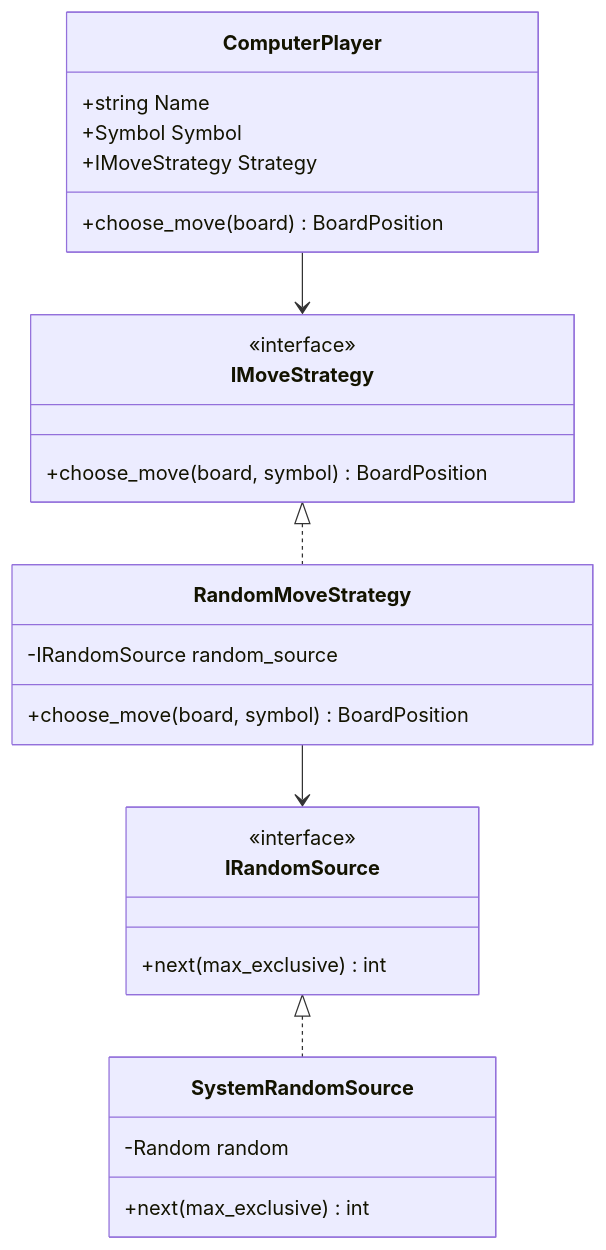
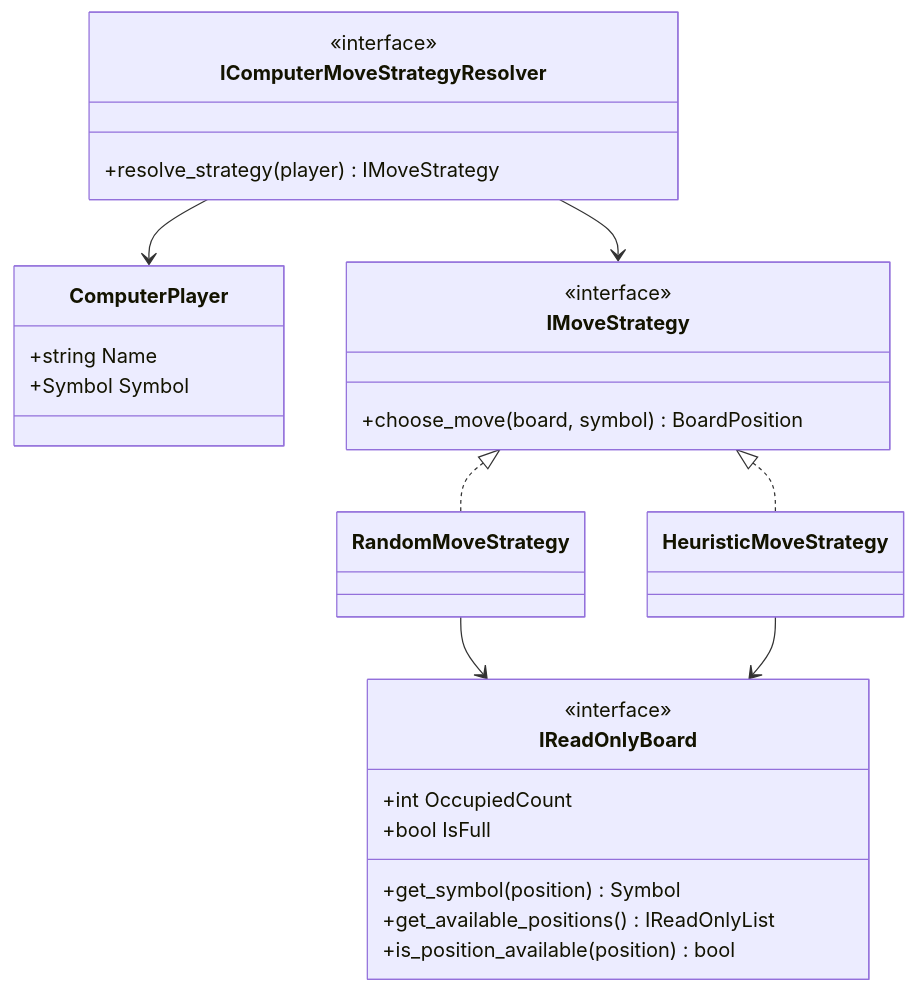
One commit to m4rc3lo/Tic-Tac-Toe changed the first of 3 diagrams in docs/10-inteligencia-artificial.md. Above: the diagram before and after it, drawn with Mermaid. The commit also changed other lines of this file and 6 other files, not shown here.

````diff
--- a/docs/10-inteligencia-artificial.md
+++ b/docs/10-inteligencia-artificial.md
@@ -15,34 +15,36 @@
 ```mermaid
 classDiagram
     class ComputerPlayer {
         +string Name
         +Symbol Symbol
-        +IMoveStrategy Strategy
-        +choose_move(board) BoardPosition
+    }
+
+    class IComputerMoveStrategyResolver {
+        <<interface>>
+        +resolve_strategy(player) IMoveStrategy
     }
 
     class IMoveStrategy {
         <<interface>>
         +choose_move(board, symbol) BoardPosition
     }
 
-    class RandomMoveStrategy {
-        -IRandomSource random_source
-        +choose_move(board, symbol) BoardPosition
+    class RandomMoveStrategy
+    class HeuristicMoveStrategy
+
+    class IReadOnlyBoard {
+        <<interface>>
+        +int OccupiedCount
+        +bool IsFull
+        +get_symbol(position) Symbol
+        +get_available_positions() IReadOnlyList
+        +is_position_available(position) bool
     }
 
-    class IRandomSource {
-        <<interface>>
-        +next(max_exclusive) int
-    }
-
-    class SystemRandomSource {
-        -Random random
-        +next(max_exclusive) int
-    }
-
-    ComputerPlayer --> IMoveStrategy
+    IComputerMoveStrategyResolver --> ComputerPlayer
+    IComputerMoveStrategyResolver --> IMoveStrategy
     IMoveStrategy <|.. RandomMoveStrategy
-    RandomMoveStrategy --> IRandomSource
-    IRandomSource <|.. SystemRandomSource
+    IMoveStrategy <|.. HeuristicMoveStrategy
+    RandomMoveStrategy --> IReadOnlyBoard
+    HeuristicMoveStrategy --> IReadOnlyBoard
 ```
````
